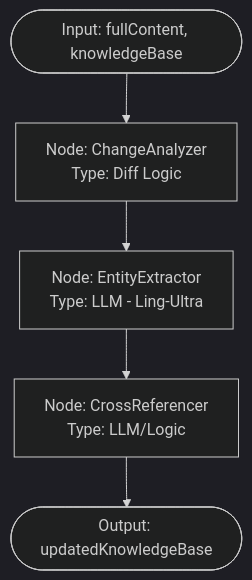
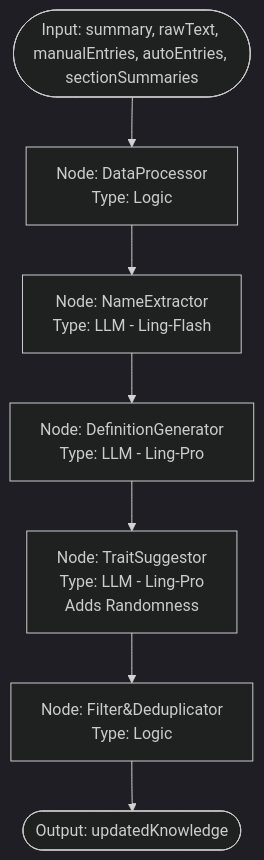
Before and after one commit to cafe3310/ling-open-studio: the third of 5 diagrams in docs/2026-02-14-21-30-架构设计-ModelWrite智能体流程与模型选型.md, drawn with Mermaid (dark theme). The commit also changed other lines of this file, not shown here.

Commit message:
docs(write): update Model Write architecture document with refined agent processes and model selection criteria

````diff
--- a/docs/2026-02-14-21-30-架构设计-ModelWrite智能体流程与模型选型.md
+++ b/docs/2026-02-14-21-30-架构设计-ModelWrite智能体流程与模型选型.md
@@ -98,10 +106,15 @@
 ```mermaid
 graph TD
-    Input([Input: fullContent, knowledgeBase]) --> Analyzer[Node: ChangeAnalyzer
-Type: Diff Logic]
-    Analyzer --> Extractor[Node: EntityExtractor
-Type: LLM - Ling-Ultra]
-    Extractor --> CrossRef[Node: CrossReferencer
-Type: LLM/Logic]
-    CrossRef --> Output([Output: updatedKnowledgeBase])
+    Input([Input: summary, rawText, manualEntries, autoEntries, sectionSummaries]) --> Processor[Node: DataProcessor
+Type: Logic]
+    Processor --> NameExtractor[Node: NameExtractor
+Type: LLM - Ling-Flash]
+    NameExtractor --> DefGenerator[Node: DefinitionGenerator
+Type: LLM - Ling-Pro]
+    DefGenerator --> Suggestor[Node: TraitSuggestor
+Type: LLM - Ling-Pro
+Adds Randomness]
+    Suggestor --> Deduplicator[Node: Filter&Deduplicator
+Type: Logic]
+    Deduplicator --> Output([Output: updatedKnowledge])
 ```
````
